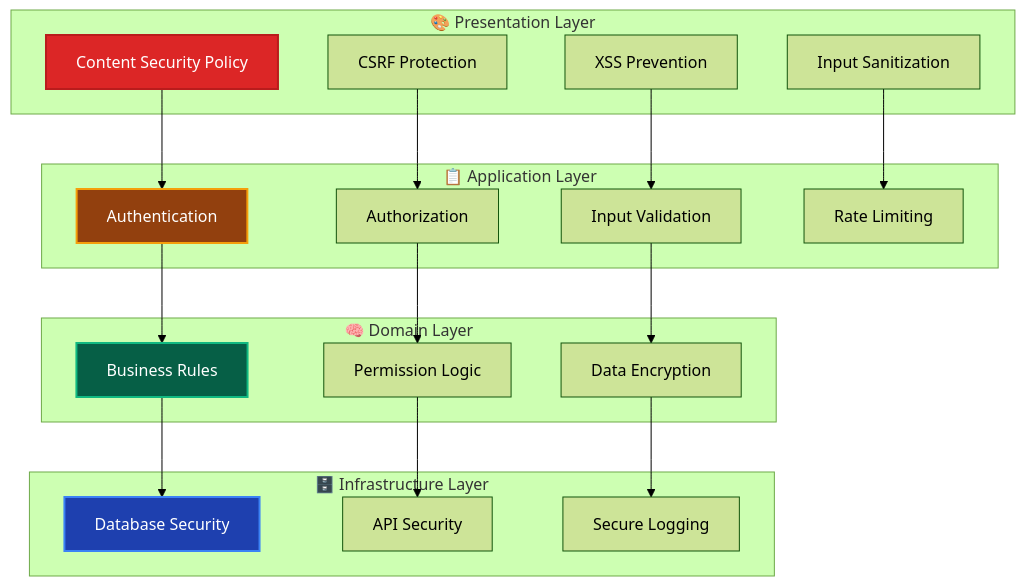
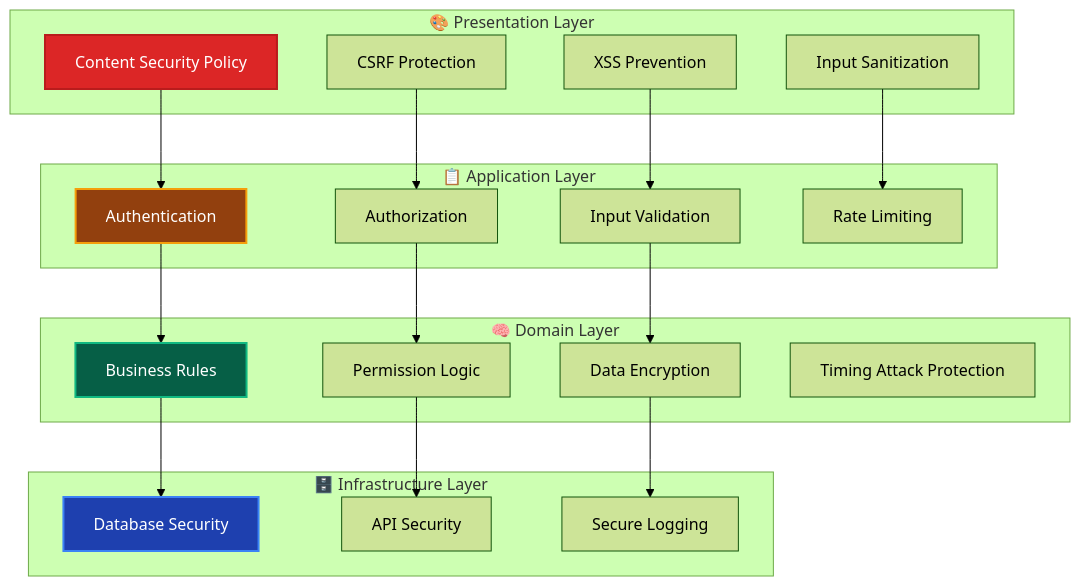
Before and after one commit to derushio/d-next-ddd-example: the diagram in _DOCS/guides/ddd/cross-cutting/security.md, drawn with Mermaid (forest theme). The commit also changed other lines of this file and 102 other files, not shown here.

````diff
--- a/_DOCS/guides/ddd/cross-cutting/security.md
+++ b/_DOCS/guides/ddd/cross-cutting/security.md
@@ -9,46 +9,47 @@
 ```mermaid
 graph TD
     subgraph "🎨 Presentation Layer"
         CSP[Content Security Policy]
         CSRF[CSRF Protection]
         XSS[XSS Prevention]
         INPUT[Input Sanitization]
     end
 
     subgraph "📋 Application Layer"
         AUTH[Authentication]
         AUTHZ[Authorization]
         VALID[Input Validation]
         RATE[Rate Limiting]
     end
 
     subgraph "🧠 Domain Layer"
         BIZ[Business Rules]
         PERM[Permission Logic]
         ENCRYPT[Data Encryption]
+        TIMING[Timing Attack Protection]
     end
 
     subgraph "🗄️ Infrastructure Layer"
         DB_SEC[Database Security]
         API_SEC[API Security]
         LOG_SEC[Secure Logging]
     end
 
     CSP --> AUTH
     CSRF --> AUTHZ
     XSS --> VALID
     INPUT --> RATE
 
     AUTH --> BIZ
     AUTHZ --> PERM
     VALID --> ENCRYPT
 
     BIZ --> DB_SEC
     PERM --> API_SEC
     ENCRYPT --> LOG_SEC
 
     style CSP fill:#dc2626,stroke:#b91c1c,stroke-width:2px,color:#ffffff
     style AUTH fill:#92400e,stroke:#f59e0b,stroke-width:2px,color:#ffffff
     style BIZ fill:#065f46,stroke:#10b981,stroke-width:2px,color:#ffffff
     style DB_SEC fill:#1e40af,stroke:#3b82f6,stroke-width:2px,color:#ffffff
 ```
````
